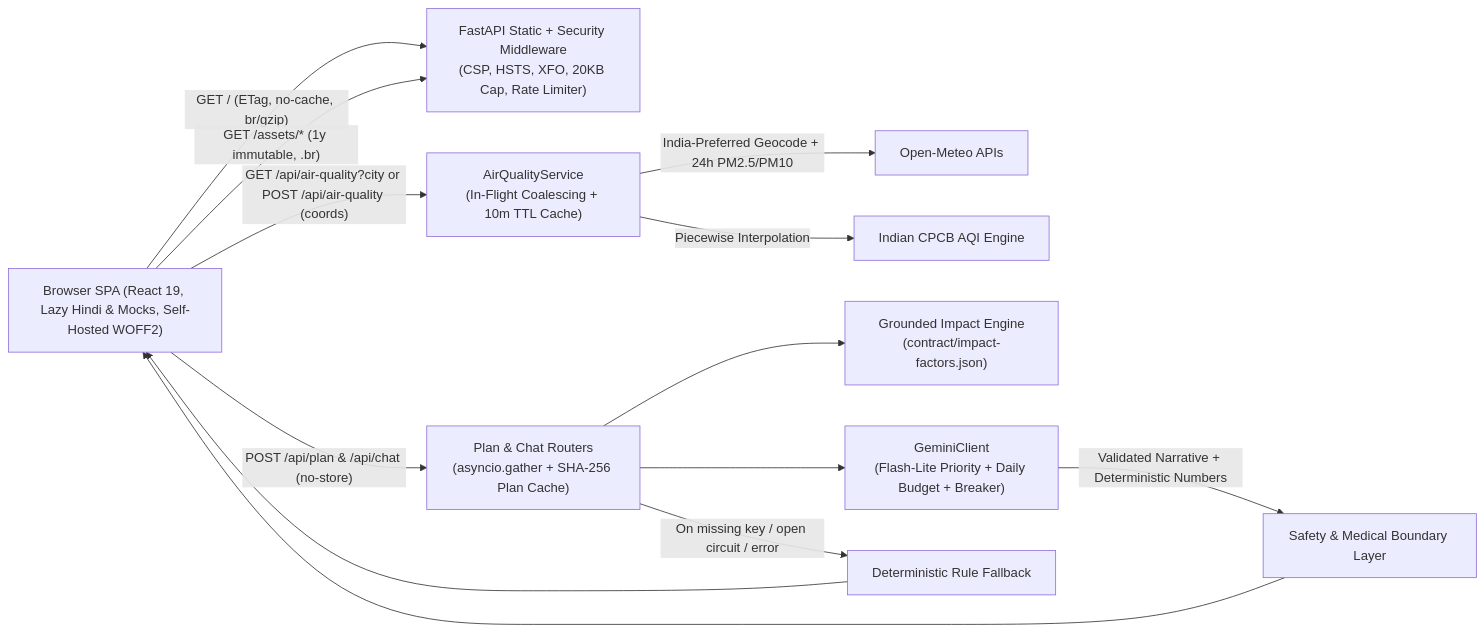
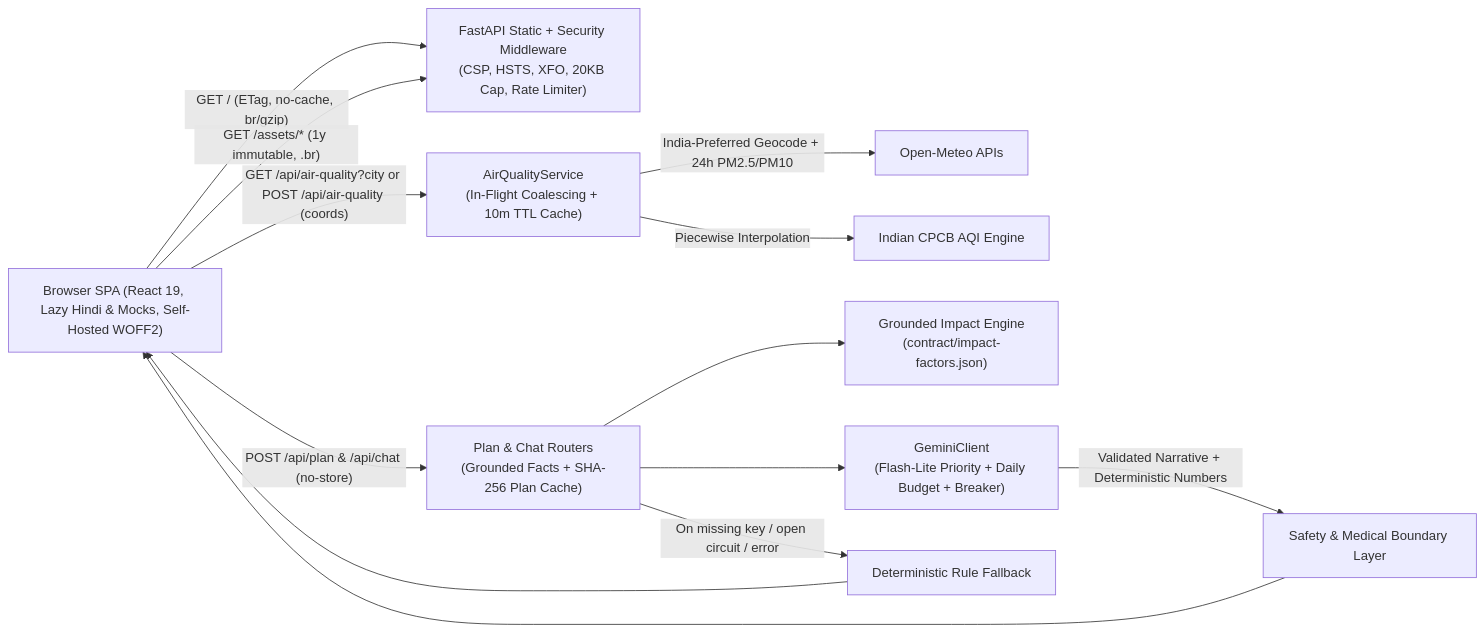
One commit to Shreyash463/saans-urban-air-quality-assistant changed the first of 2 diagrams in docs/ARCHITECTURE.md. Above: the diagram before and after it, drawn with Mermaid. The commit also changed other lines of this file and 5 other files, not shown here.

````diff
--- a/docs/ARCHITECTURE.md
+++ b/docs/ARCHITECTURE.md
@@ -7,16 +7,16 @@
 ```mermaid
 flowchart LR
     B["Browser SPA (React 19, Lazy Hindi & Mocks, Self-Hosted WOFF2)"]
     B -->|"GET / (ETag, no-cache, br/gzip)"| GW["FastAPI Static + Security Middleware\n(CSP, HSTS, XFO, 20KB Cap, Rate Limiter)"]
     B -->|"GET /assets/* (1y immutable, .br)"| GW
     B -->|"GET /api/air-quality?city or POST /api/air-quality (coords)"| AQ["AirQualityService\n(In-Flight Coalescing + 10m TTL Cache)"]
     AQ -->|"India-Preferred Geocode + 24h PM2.5/PM10"| OM["Open-Meteo APIs"]
     AQ -->|"Piecewise Interpolation"| CPCB["Indian CPCB AQI Engine"]
-    B -->|"POST /api/plan & /api/chat (no-store)"| PLAN["Plan & Chat Routers\n(asyncio.gather + SHA-256 Plan Cache)"]
+    B -->|"POST /api/plan & /api/chat (no-store)"| PLAN["Plan & Chat Routers\n(Grounded Facts + SHA-256 Plan Cache)"]
     PLAN --> IMP["Grounded Impact Engine\n(contract/impact-factors.json)"]
     PLAN --> GEM["GeminiClient\n(Flash-Lite Priority + Daily Budget + Breaker)"]
     GEM -->|"Validated Narrative + Deterministic Numbers"| SAF["Safety & Medical Boundary Layer"]
     PLAN -->|"On missing key / open circuit / error"| FB["Deterministic Rule Fallback"]
     SAF --> B
     FB --> B
 ```
````
